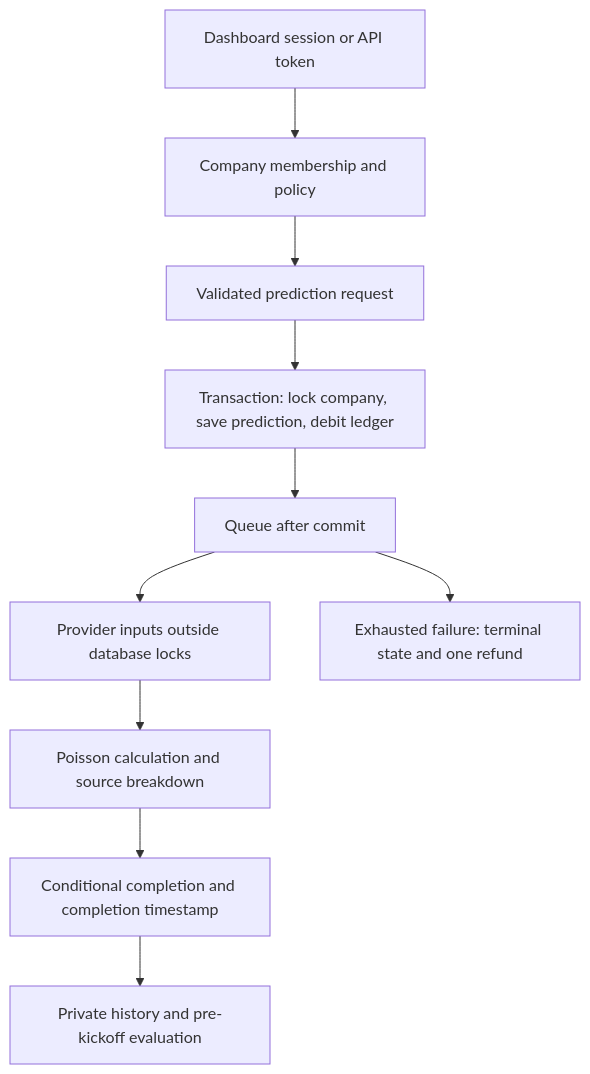
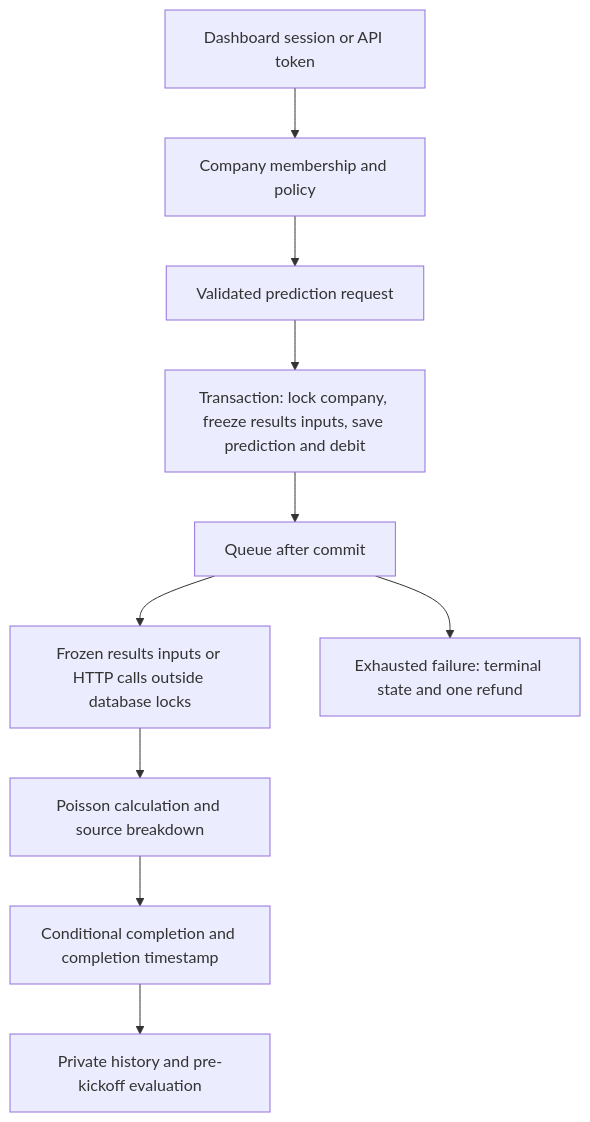
Before and after one commit to Vinmumo/Bolum2.0: the diagram in README.md, drawn with Mermaid. The commit also changed other lines of this file and 26 other files, not shown here.

````diff
--- a/README.md
+++ b/README.md
@@ -95,12 +117,12 @@
 ```mermaid
 flowchart TD
     Browser[Dashboard session or API token] --> Access[Company membership and policy]
     Access --> Request[Validated prediction request]
-    Request --> Transaction[Transaction: lock company, save prediction, debit ledger]
+    Request --> Transaction[Transaction: lock company, freeze results inputs, save prediction and debit]
     Transaction --> Queue[Queue after commit]
-    Queue --> Providers[Provider inputs outside database locks]
+    Queue --> Providers[Frozen results inputs or HTTP calls outside database locks]
     Providers --> Model[Poisson calculation and source breakdown]
     Model --> Complete[Conditional completion and completion timestamp]
     Queue --> Failure[Exhausted failure: terminal state and one refund]
     Complete --> History[Private history and pre-kickoff evaluation]
 ```
````
